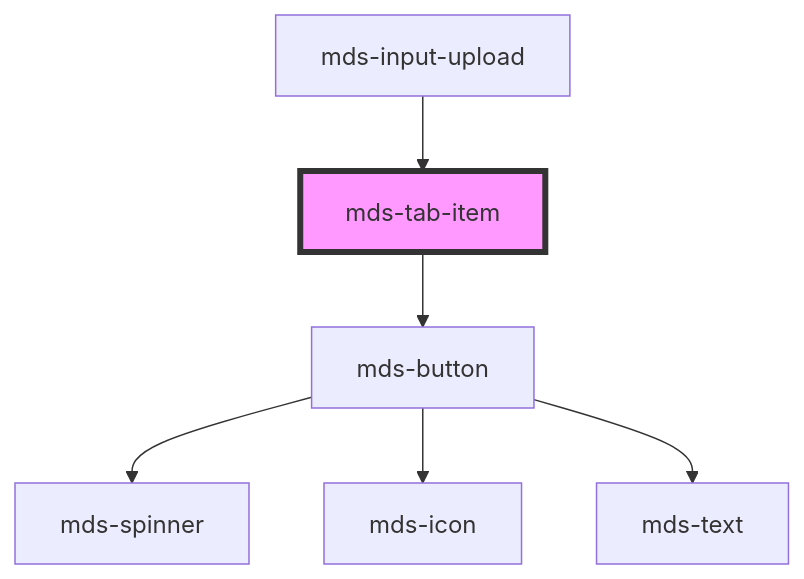
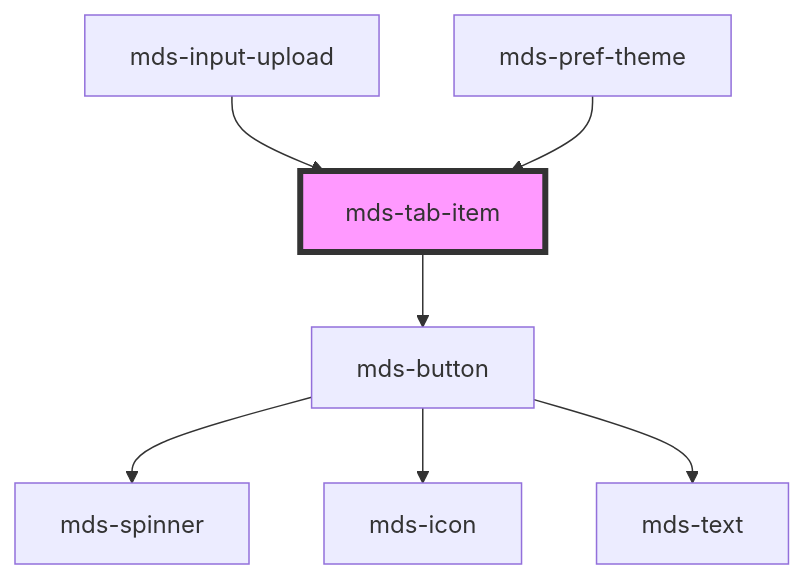
One commit to magma-design-system/magma changed the diagram in projects/stencil/src/components/mds-tab-item/readme.md. Above: the diagram before and after it, drawn with Mermaid. The commit also changed other lines of this file and 16 other files, not shown here.

Commit message:
feat(stencil): add component draft mds-pref-theme

````diff
--- a/projects/stencil/src/components/mds-tab-item/readme.md
+++ b/projects/stencil/src/components/mds-tab-item/readme.md
@@ -68,9 +69,10 @@
 ```mermaid
 graph TD;
   mds-tab-item --> mds-button
   mds-button --> mds-spinner
   mds-button --> mds-icon
   mds-button --> mds-text
   mds-input-upload --> mds-tab-item
+  mds-pref-theme --> mds-tab-item
   style mds-tab-item fill:#f9f,stroke:#333,stroke-width:4px
 ```
````
